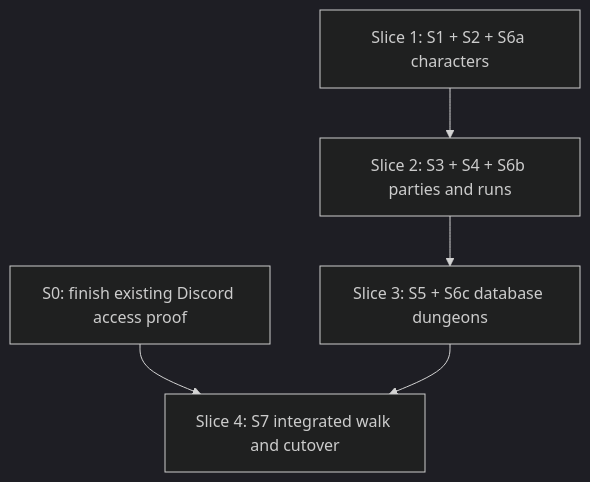
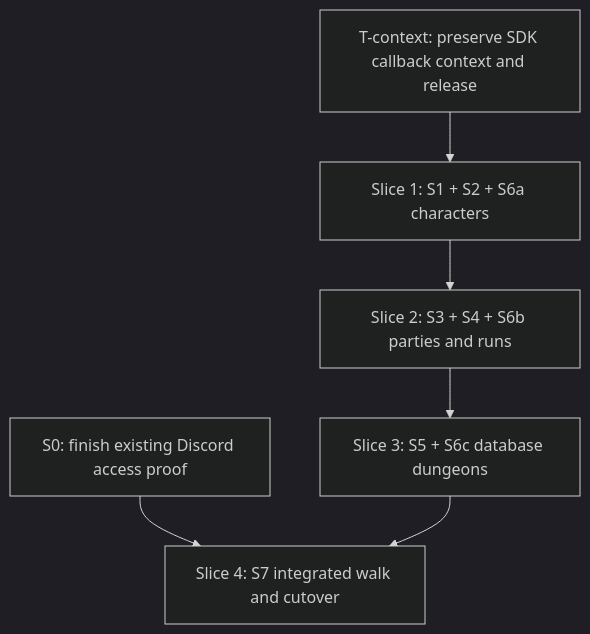
One commit to KirkDiggler/rpg-project changed the second of 2 diagrams in ideas/discord-worlds/plan.md. Above: the diagram before and after it, drawn with Mermaid (dark theme). The commit also changed other lines of this file, not shown here.

First line of the commit message:
docs: record measured SDK context prerequisite for world isolation

````diff
--- a/ideas/discord-worlds/plan.md
+++ b/ideas/discord-worlds/plan.md
@@ -162,7 +172,8 @@
 ```mermaid
 flowchart TD
     S0[S0: finish existing Discord access proof] --> C4[Slice 4: S7 integrated walk and cutover]
+    T[T-context: preserve SDK callback context and release] --> C1
     C1[Slice 1: S1 + S2 + S6a characters] --> C2[Slice 2: S3 + S4 + S6b parties and runs]
     C2 --> C3[Slice 3: S5 + S6c database dungeons]
     C3 --> C4
 ```
````
